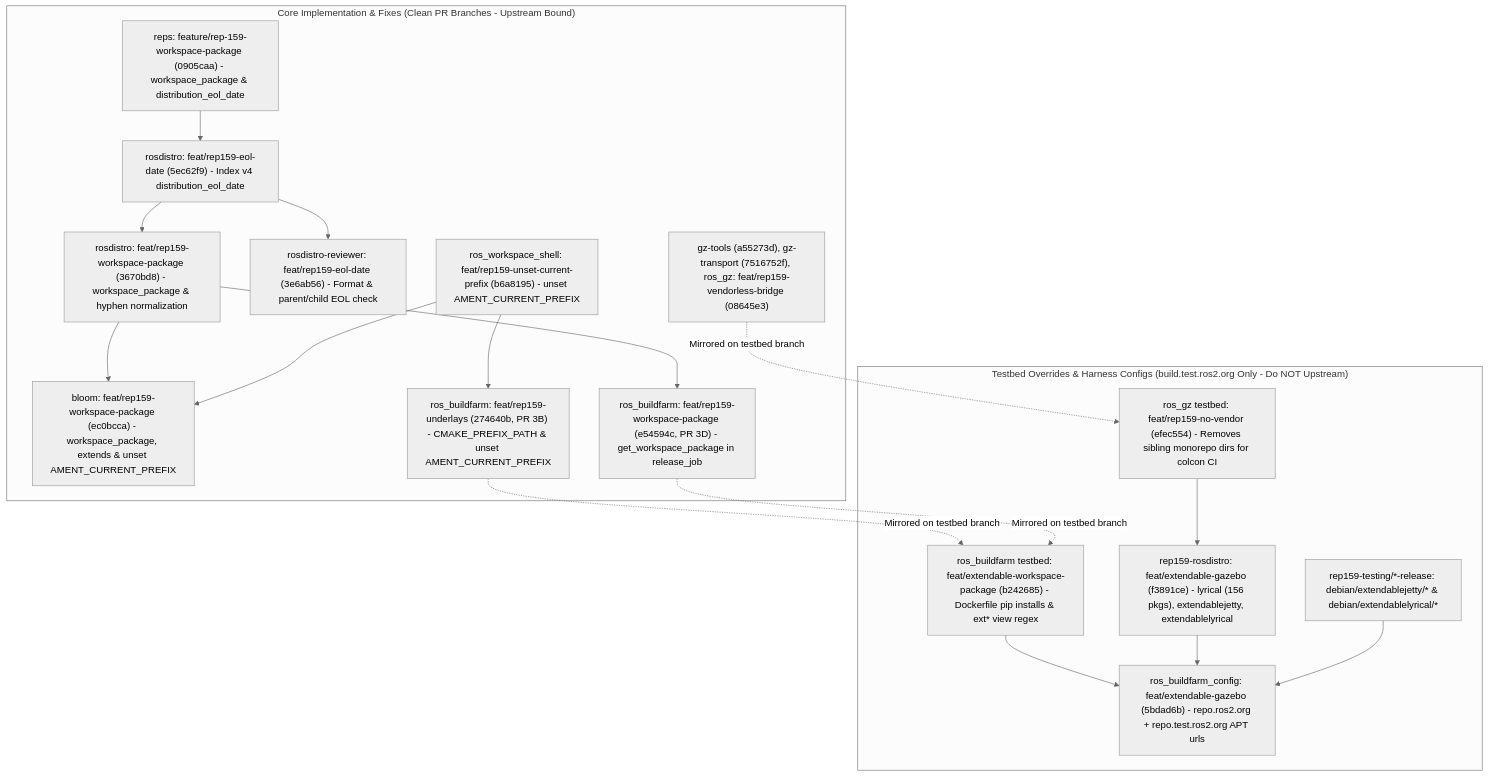
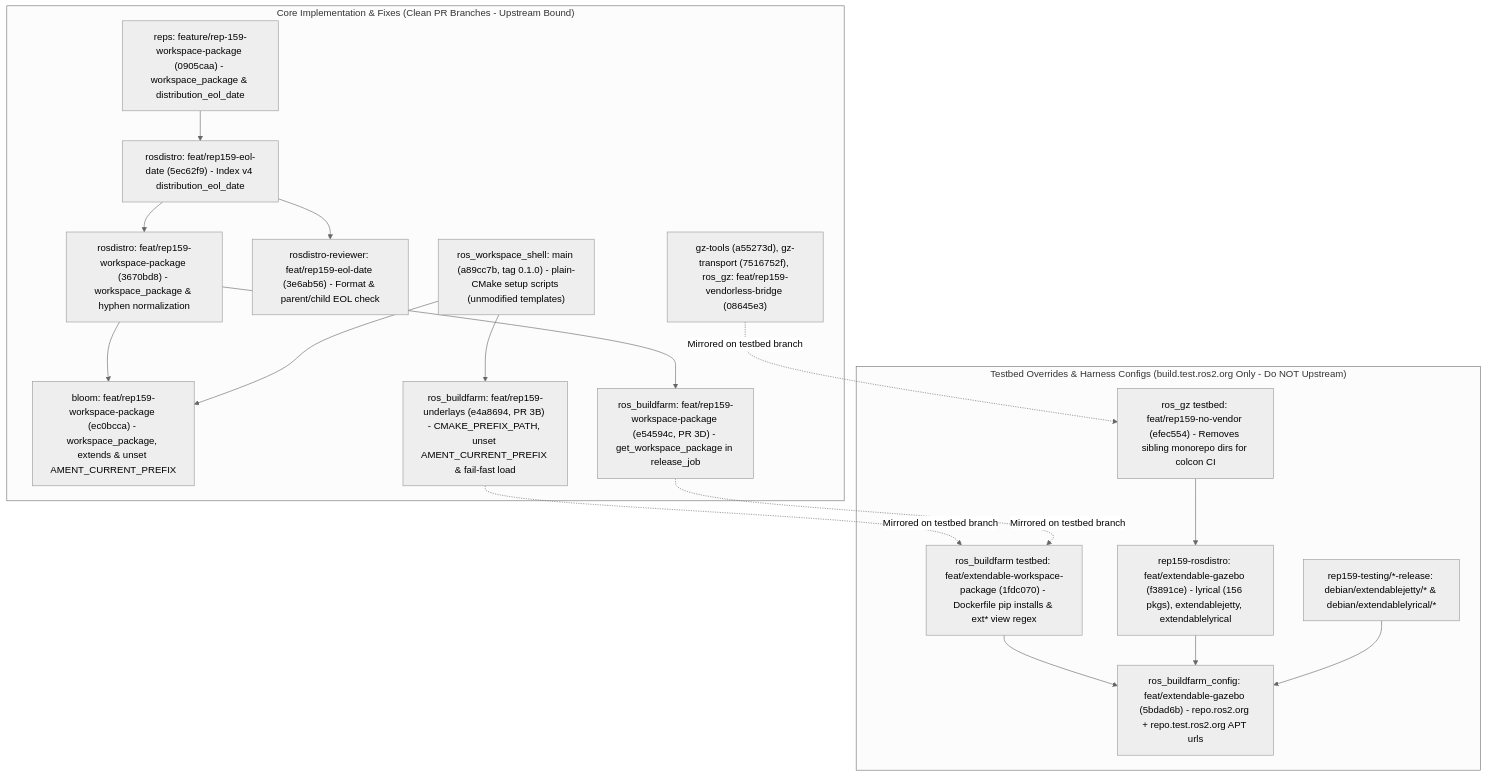
One commit to KmoM88/rep159-testing changed the diagram in roadmap/stage6_ros_gazebo_and_eol.md. Above: the diagram before and after it, drawn with Mermaid (neutral theme). The commit also changed other lines of this file and 15 other files, not shown here.

Commit message:
Document review resolutions, switch ros_workspace_shell to main, and checkout Stage 6

````diff
--- a/roadmap/stage6_ros_gazebo_and_eol.md
+++ b/roadmap/stage6_ros_gazebo_and_eol.md
@@ -36,38 +36,38 @@
 ```mermaid
 flowchart TD
     subgraph Core ["Core Implementation & Fixes (Clean PR Branches - Upstream Bound)"]
         REPS6["reps: feature/rep-159-workspace-package (0905caa) - workspace_package & distribution_eol_date"]
         RD_EOL["rosdistro: feat/rep159-eol-date (5ec62f9) - Index v4 distribution_eol_date"]
         RD_WP["rosdistro: feat/rep159-workspace-package (3670bd8) - workspace_package & hyphen normalization"]
         REV6["rosdistro-reviewer: feat/rep159-eol-date (3e6ab56) - Format & parent/child EOL check"]
-        RWS6["ros_workspace_shell: feat/rep159-unset-current-prefix (b6a8195) - unset AMENT_CURRENT_PREFIX"]
+        RWS6["ros_workspace_shell: main (a89cc7b, tag 0.1.0) - plain-CMake setup scripts (unmodified templates)"]
         BL6["bloom: feat/rep159-workspace-package (ec0bcca) - workspace_package, extends & unset AMENT_CURRENT_PREFIX"]
-        BF_UND6["ros_buildfarm: feat/rep159-underlays (274640b, PR 3B) - CMAKE_PREFIX_PATH & unset AMENT_CURRENT_PREFIX"]
+        BF_UND6["ros_buildfarm: feat/rep159-underlays (e4a8694, PR 3B) - CMAKE_PREFIX_PATH, unset AMENT_CURRENT_PREFIX & fail-fast load"]
         BF_WP6["ros_buildfarm: feat/rep159-workspace-package (e54594c, PR 3D) - get_workspace_package in release_job"]
         GZ_SRC["gz-tools (a55273d), gz-transport (7516752f), ros_gz: feat/rep159-vendorless-bridge (08645e3)"]
 
         REPS6 --> RD_EOL --> RD_WP
         RD_EOL --> REV6
         RD_WP --> BL6
         RWS6 --> BL6
         RD_WP --> BF_WP6
         RWS6 --> BF_UND6
     end
 
     subgraph Hacks ["Testbed Overrides & Harness Configs (build.test.ros2.org Only - Do NOT Upstream)"]
-        BF_TEST6["ros_buildfarm testbed: feat/extendable-workspace-package (b242685) - Dockerfile pip installs & ext* view regex"]
+        BF_TEST6["ros_buildfarm testbed: feat/extendable-workspace-package (1fdc070) - Dockerfile pip installs & ext* view regex"]
         GZ_TEST["ros_gz testbed: feat/rep159-no-vendor (efec554) - Removes sibling monorepo dirs for colcon CI"]
         DIST6["rep159-rosdistro: feat/extendable-gazebo (f3891ce) - lyrical (156 pkgs), extendablejetty, extendablelyrical"]
         CFG6["ros_buildfarm_config: feat/extendable-gazebo (5bdad6b) - repo.ros2.org + repo.test.ros2.org APT urls"]
         REL6["rep159-testing/*-release: debian/extendablejetty/* & debian/extendablelyrical/*"]
 
         BF_TEST6 --> CFG6
         GZ_TEST --> DIST6
         DIST6 --> CFG6
         REL6 --> CFG6
     end
 
     BF_UND6 -.->|"Mirrored on testbed branch"| BF_TEST6
     BF_WP6 -.->|"Mirrored on testbed branch"| BF_TEST6
     GZ_SRC -.->|"Mirrored on testbed branch"| GZ_TEST
 ```
````
